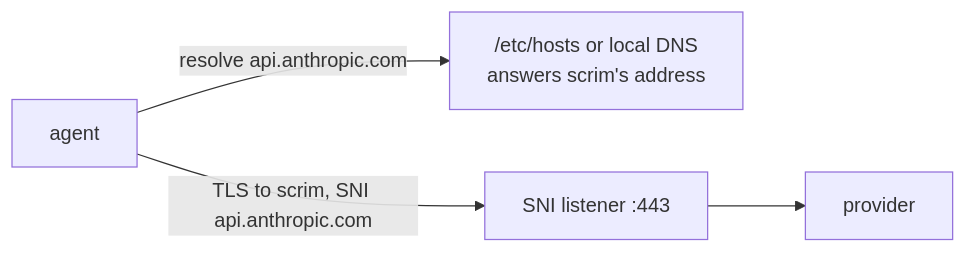
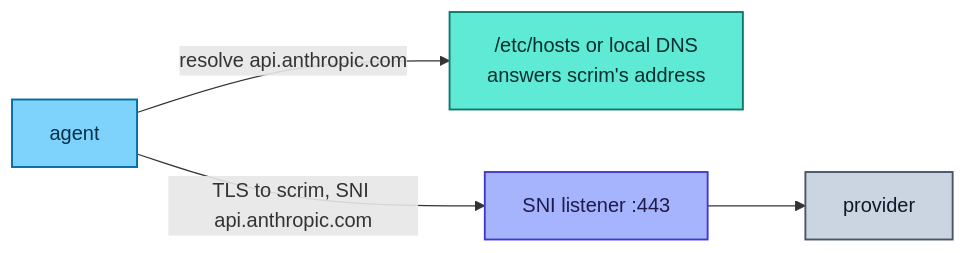
Before and after one commit to Heliopsy/scrim: the fifth of 9 diagrams in docs/interception.md, drawn with Mermaid. The commit also changed other lines of this file and 6 other files, not shown here.

Commit message:
docs: new scrim logo and colour-coded mermaid diagrams

````diff
--- a/docs/interception.md
+++ b/docs/interception.md
@@ -399,6 +436,14 @@
 ```mermaid
 flowchart LR
   agent["agent"] -- "resolve api.anthropic.com" --> dns["/etc/hosts or local DNS<br>answers scrim's address"]
   agent -- "TLS to scrim, SNI api.anthropic.com" --> tl["SNI listener :443"]
   tl --> prov["provider"]
+  classDef agent fill:#7dd3fc,stroke:#0369a1,stroke-width:1.5px,color:#082f49
+  classDef dplane fill:#a5b4fc,stroke:#4338ca,stroke-width:1.5px,color:#1e1b4b
+  classDef ext fill:#cbd5e1,stroke:#475569,stroke-width:1.5px,color:#0f172a
+  classDef enforce fill:#5eead4,stroke:#0f766e,stroke-width:1.5px,color:#042f2e
+  class agent agent
+  class dns enforce
+  class tl dplane
+  class prov ext
 ```
````
